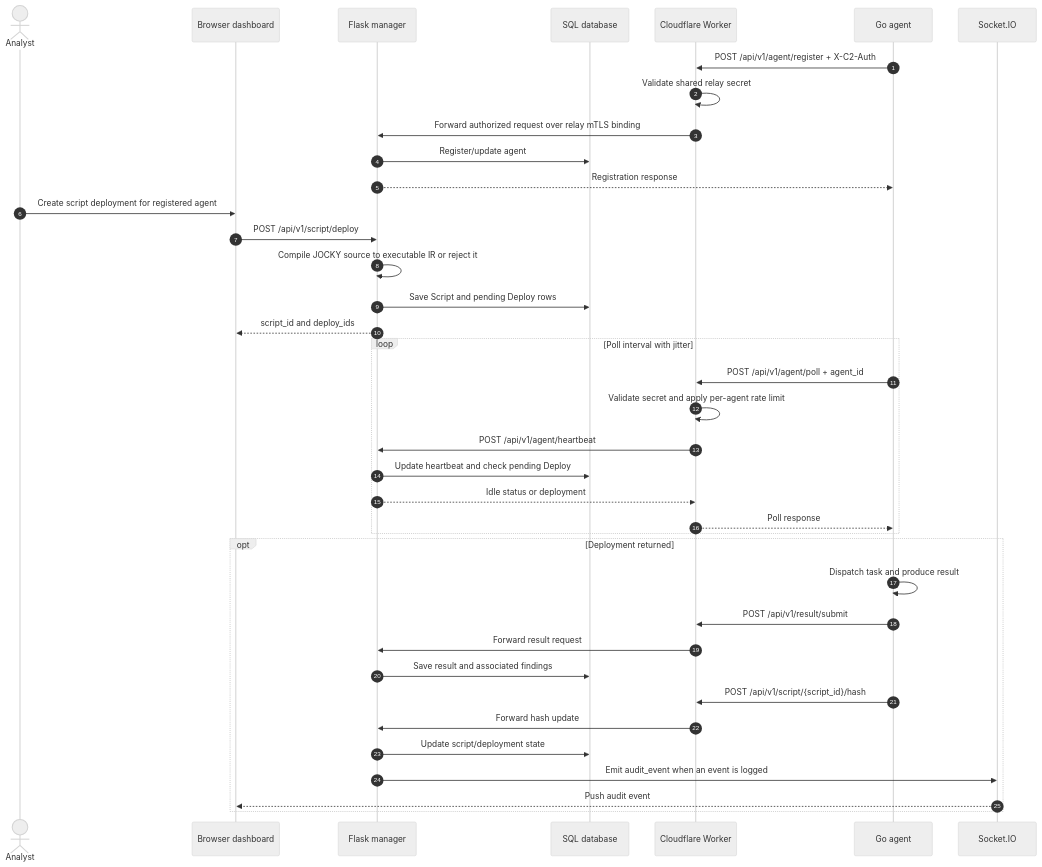
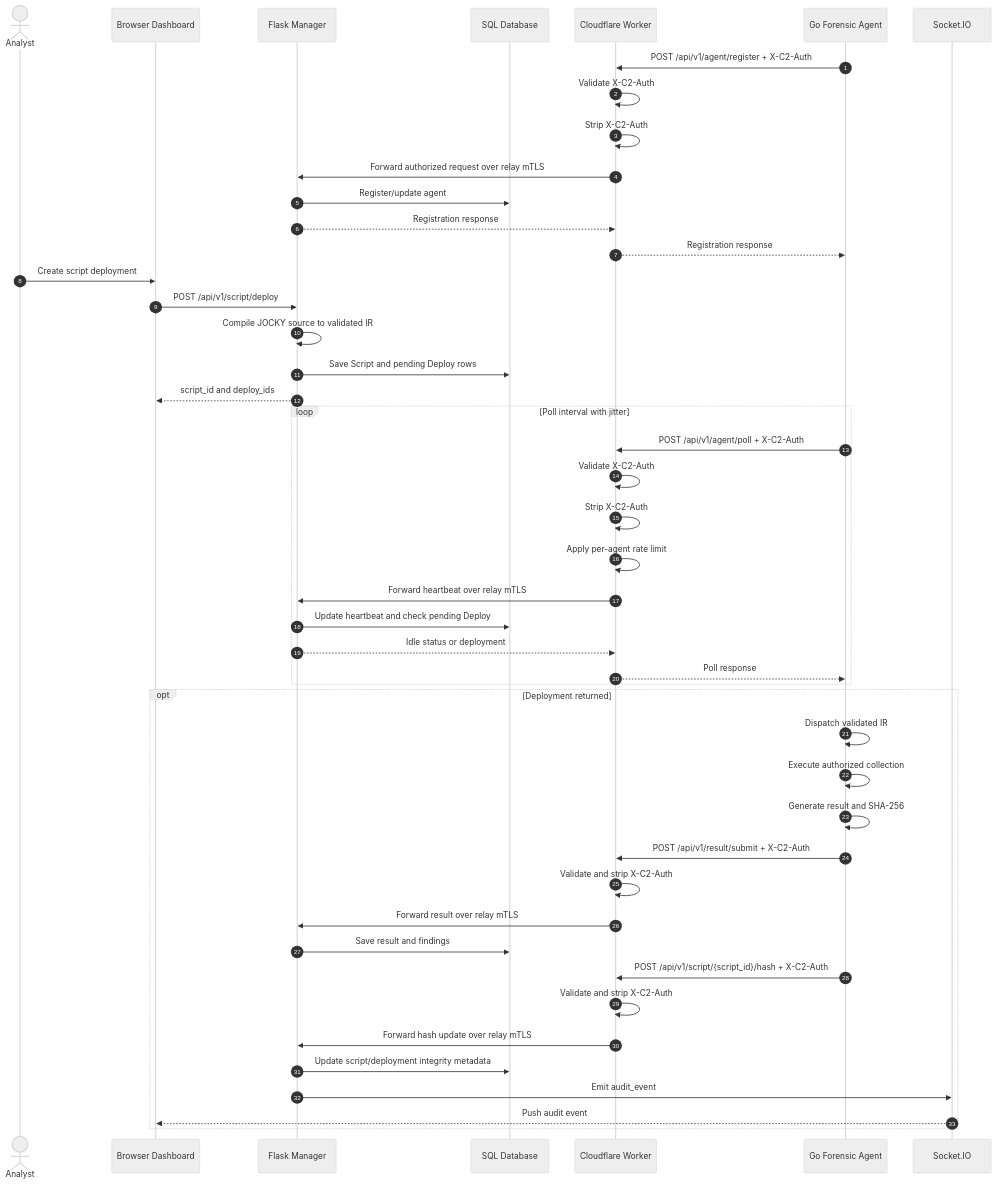
One commit to Jatin-trivedi/Proteus- changed the second of 2 diagrams in README.md. Above: the diagram before and after it, drawn with Mermaid (neutral theme). The commit also changed other lines of this file, not shown here.

````diff
--- a/README.md
+++ b/README.md
@@ -133,44 +173,60 @@
 ```mermaid
 sequenceDiagram
     autonumber
+
     actor Analyst
-    participant UI as Browser dashboard
-    participant M as Flask manager
-    participant DB as SQL database
+    participant UI as Browser Dashboard
+    participant M as Flask Manager
+    participant DB as SQL Database
     participant W as Cloudflare Worker
-    participant A as Go agent
+    participant A as Go Forensic Agent
     participant S as Socket.IO
 
+    %% Agent registration
     A->>W: POST /api/v1/agent/register + X-C2-Auth
-    W->>W: Validate shared relay secret
-    W->>M: Forward authorized request over relay mTLS binding
+    W->>W: Validate X-C2-Auth
+    W->>W: Strip X-C2-Auth
+    W->>M: Forward authorized request over relay mTLS
     M->>DB: Register/update agent
-    M-->>A: Registration response
+    M-->>W: Registration response
+    W-->>A: Registration response
 
-    Analyst->>UI: Create script deployment for registered agent
+    %% Investigation / deployment
+    Analyst->>UI: Create script deployment
     UI->>M: POST /api/v1/script/deploy
-    M->>M: Compile JOCKY source to executable IR or reject it
+    M->>M: Compile JOCKY source to validated IR
     M->>DB: Save Script and pending Deploy rows
     M-->>UI: script_id and deploy_ids
 
+    %% Agent polling
     loop Poll interval with jitter
-        A->>W: POST /api/v1/agent/poll + agent_id
-        W->>W: Validate secret and apply per-agent rate limit
-        W->>M: POST /api/v1/agent/heartbeat
+        A->>W: POST /api/v1/agent/poll + X-C2-Auth
+        W->>W: Validate X-C2-Auth
+        W->>W: Strip X-C2-Auth
+        W->>W: Apply per-agent rate limit
+        W->>M: Forward heartbeat over relay mTLS
         M->>DB: Update heartbeat and check pending Deploy
         M-->>W: Idle status or deployment
         W-->>A: Poll response
     end
 
+    %% Deployment and execution
     opt Deployment returned
-        A->>A: Dispatch task and produce result
-        A->>W: POST /api/v1/result/submit
-        W->>M: Forward result request
-        M->>DB: Save result and associated findings
-        A->>W: POST /api/v1/script/{script_id}/hash
-        W->>M: Forward hash update
-        M->>DB: Update script/deployment state
-        M->>S: Emit audit_event when an event is logged
+        A->>A: Dispatch validated IR
+        A->>A: Execute authorized collection
+        A->>A: Generate result and SHA-256
+
+        A->>W: POST /api/v1/result/submit + X-C2-Auth
+        W->>W: Validate and strip X-C2-Auth
+        W->>M: Forward result over relay mTLS
+        M->>DB: Save result and findings
+
+        A->>W: POST /api/v1/script/{script_id}/hash + X-C2-Auth
+        W->>W: Validate and strip X-C2-Auth
+        W->>M: Forward hash update over relay mTLS
+        M->>DB: Update script/deployment integrity metadata
+
+        M->>S: Emit audit_event
         S-->>UI: Push audit event
     end
 ```
````
